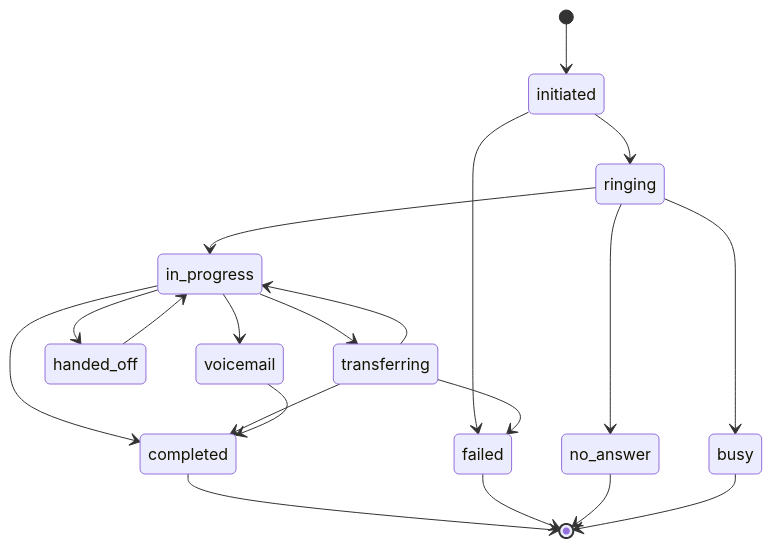
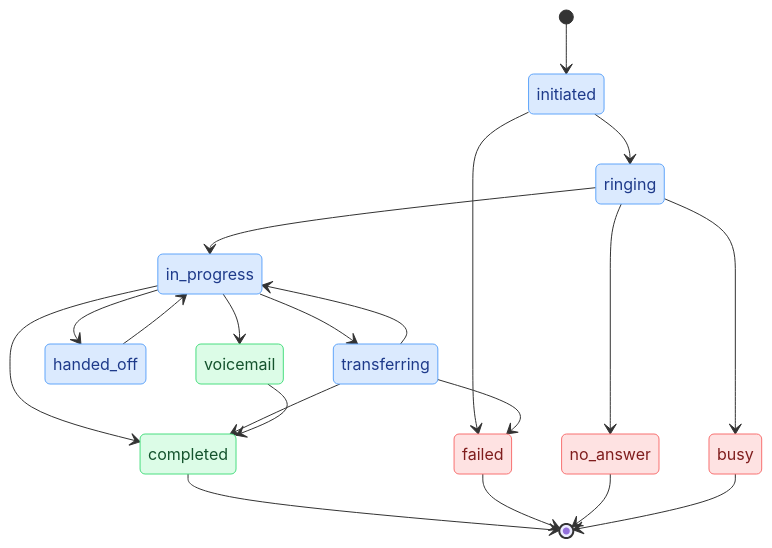
The fifth of 6 diagrams in docs/architecture.mdx (kobikis/turncall), drawn with Mermaid before and after one commit. The commit also changed other lines of this file and 6 other files, not shown here.

````diff
--- a/docs/architecture.mdx
+++ b/docs/architecture.mdx
@@ -137,22 +155,29 @@
 ```mermaid
 stateDiagram-v2
     [*] --> initiated
     initiated --> ringing
     initiated --> failed
     ringing --> in_progress
     ringing --> no_answer
     ringing --> busy
     in_progress --> transferring
     in_progress --> handed_off
     in_progress --> completed
     in_progress --> voicemail
     transferring --> in_progress
     transferring --> completed
     transferring --> failed
     handed_off --> in_progress
     voicemail --> completed
     completed --> [*]
     failed --> [*]
     no_answer --> [*]
     busy --> [*]
+
+    classDef live fill:#dbeafe,stroke:#60a5fa,color:#1e3a8a
+    classDef good fill:#dcfce7,stroke:#4ade80,color:#14532d
+    classDef bad fill:#fee2e2,stroke:#f87171,color:#7f1d1d
+    class initiated,ringing,in_progress,transferring,handed_off live
+    class completed,voicemail good
+    class failed,no_answer,busy bad
 ```
````
